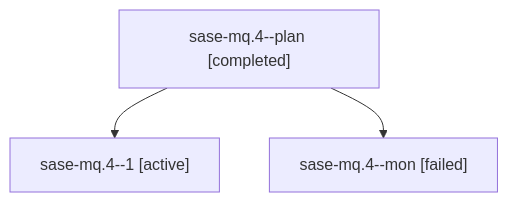
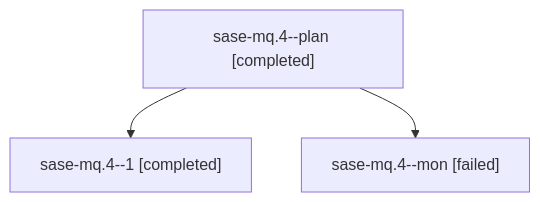
One commit to sase-org/sase--agents changed the diagram in families/bbugyi200.athena.sase-mq.4.md. Above: the diagram before and after it, drawn with Mermaid. The commit also changed other lines of this file and 59 other files, not shown here.

````diff
--- a/families/bbugyi200.athena.sase-mq.4.md
+++ b/families/bbugyi200.athena.sase-mq.4.md
@@ -9,8 +9,8 @@
 ```mermaid
 flowchart TD
   n0["sase-mq.4--plan [completed]"]
-  n1["sase-mq.4--1 [active]"]
+  n1["sase-mq.4--1 [completed]"]
   n0 --> n1
   n2["sase-mq.4--mon [failed]"]
   n0 --> n2
 ```
````
